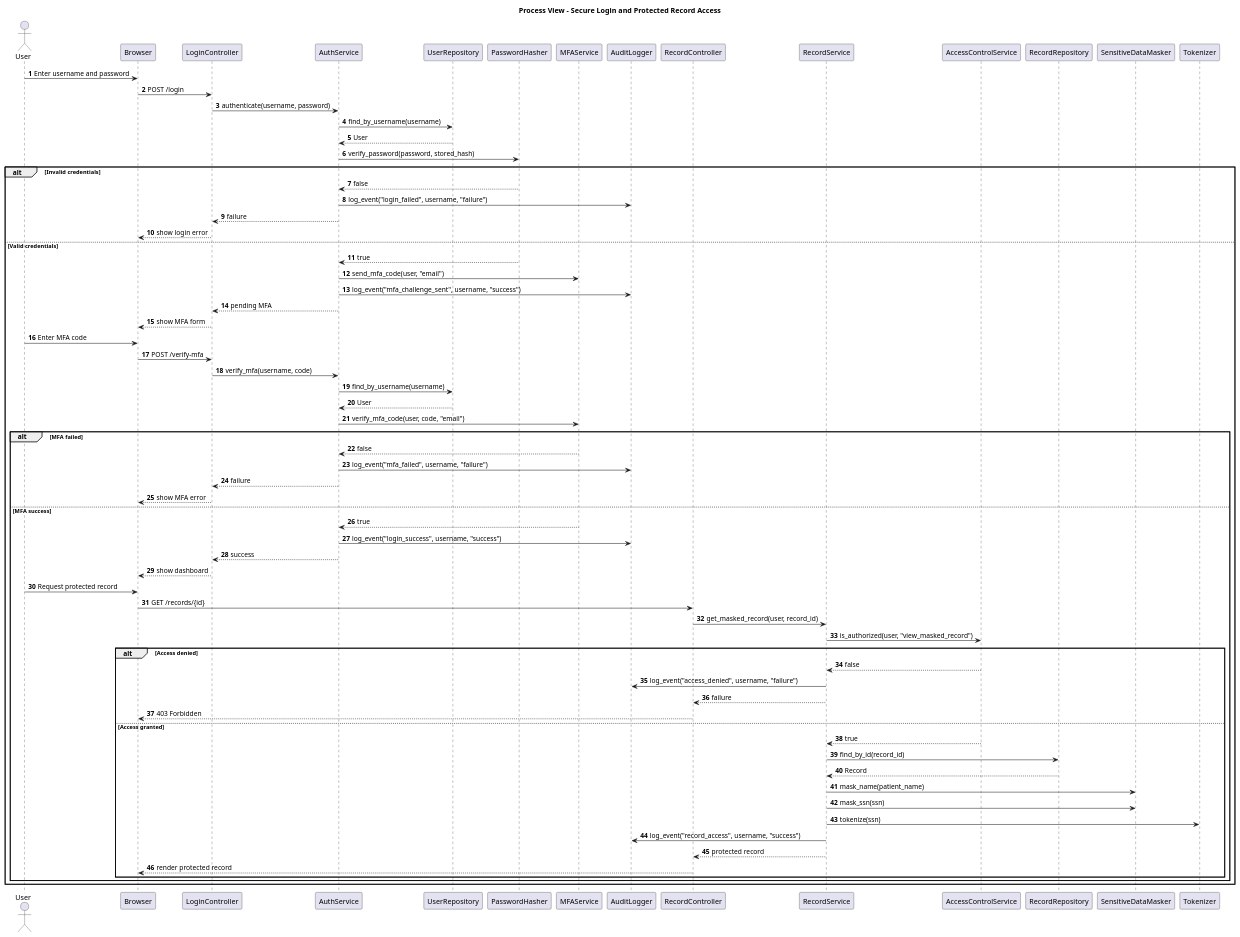
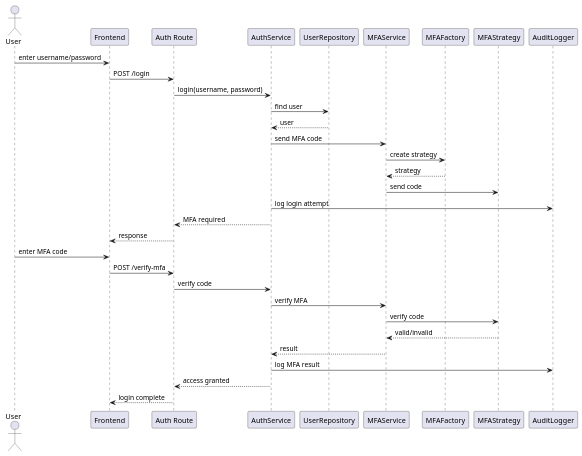
Before and after one commit to jgriffin12/CSCI375_final_project: the diagram in Docs/Uml/03_process_sequence_view.puml, drawn with PlantUML. The commit also changed 9 other files, not shown here.

Commit message:
Updating UML and digrams

```diff
--- a/Docs/Uml/03_process_sequence_view.puml
+++ b/Docs/Uml/03_process_sequence_view.puml
@@ -1,82 +1,39 @@
 @startuml
-skinparam shadowing false
-autonumber
-
-title Process View - Secure Login and Protected Record Access
 
 actor User
-participant Browser
-participant LoginController
-participant AuthService
-participant UserRepository
-participant PasswordHasher
-participant MFAService
-participant AuditLogger
-participant RecordController
-participant RecordService
-participant AccessControlService
-participant RecordRepository
-participant SensitiveDataMasker
-participant Tokenizer
+participant "Frontend" as FE
+participant "Auth Route" as Route
+participant "AuthService" as Auth
+participant "UserRepository" as Repo
+participant "MFAService" as MFA
+participant "MFAFactory" as Factory
+participant "MFAStrategy" as Strategy
+participant "AuditLogger" as Audit
 
-User -> Browser : Enter username and password
-Browser -> LoginController : POST /login
-LoginController -> AuthService : authenticate(username, password)
-AuthService -> UserRepository : find_by_username(username)
-UserRepository --> AuthService : User
-AuthService -> PasswordHasher : verify_password(password, stored_hash)
+User -> FE : enter username/password
+FE -> Route : POST /login
+Route -> Auth : login(username, password)
+Auth -> Repo : find user
+Repo --> Auth : user
 
-alt Invalid credentials
-  PasswordHasher --> AuthService : false
-  AuthService -> AuditLogger : log_event("login_failed", username, "failure")
-  AuthService --> LoginController : failure
-  LoginController --> Browser : show login error
-else Valid credentials
-  PasswordHasher --> AuthService : true
-  AuthService -> MFAService : send_mfa_code(user, "email")
-  AuthService -> AuditLogger : log_event("mfa_challenge_sent", username, "success")
-  AuthService --> LoginController : pending MFA
-  LoginController --> Browser : show MFA form
+Auth -> MFA : send MFA code
+MFA -> Factory : create strategy
+Factory --> MFA : strategy
+MFA -> Strategy : send code
 
-  User -> Browser : Enter MFA code
-  Browser -> LoginController : POST /verify-mfa
-  LoginController -> AuthService : verify_mfa(username, code)
-  AuthService -> UserRepository : find_by_username(username)
-  UserRepository --> AuthService : User
-  AuthService -> MFAService : verify_mfa_code(user, code, "email")
+Auth -> Audit : log login attempt
+Auth --> Route : MFA required
+Route --> FE : response
 
-  alt MFA failed
-    MFAService --> AuthService : false
-    AuthService -> AuditLogger : log_event("mfa_failed", username, "failure")
-    AuthService --> LoginController : failure
-    LoginController --> Browser : show MFA error
-  else MFA success
-    MFAService --> AuthService : true
-    AuthService -> AuditLogger : log_event("login_success", username, "success")
-    AuthService --> LoginController : success
-    LoginController --> Browser : show dashboard
+User -> FE : enter MFA code
+FE -> Route : POST /verify-mfa
+Route -> Auth : verify code
+Auth -> MFA : verify MFA
+MFA -> Strategy : verify code
+Strategy --> MFA : valid/invalid
+MFA --> Auth : result
+Auth -> Audit : log MFA result
+Auth --> Route : access granted
+Route --> FE : login complete
 
-    User -> Browser : Request protected record
-    Browser -> RecordController : GET /records/{id}
-    RecordController -> RecordService : get_masked_record(user, record_id)
-    RecordService -> AccessControlService : is_authorized(user, "view_masked_record")
-
-    alt Access denied
-      AccessControlService --> RecordService : false
-      RecordService -> AuditLogger : log_event("access_denied", username, "failure")
-      RecordService --> RecordController : failure
-      RecordController --> Browser : 403 Forbidden
-    else Access granted
-      AccessControlService --> RecordService : true
-      RecordService -> RecordRepository : find_by_id(record_id)
-      RecordRepository --> RecordService : Record
-      RecordService -> SensitiveDataMasker : mask_name(patient_name)
-      RecordService -> SensitiveDataMasker : mask_ssn(ssn)
-      RecordService -> Tokenizer : tokenize(ssn)
-      RecordService -> AuditLogger : log_event("record_access", username, "success")
-      RecordService --> RecordController : protected record
-      RecordController --> Browser : render protected record
-    end
-  end
-end
 @enduml
```
